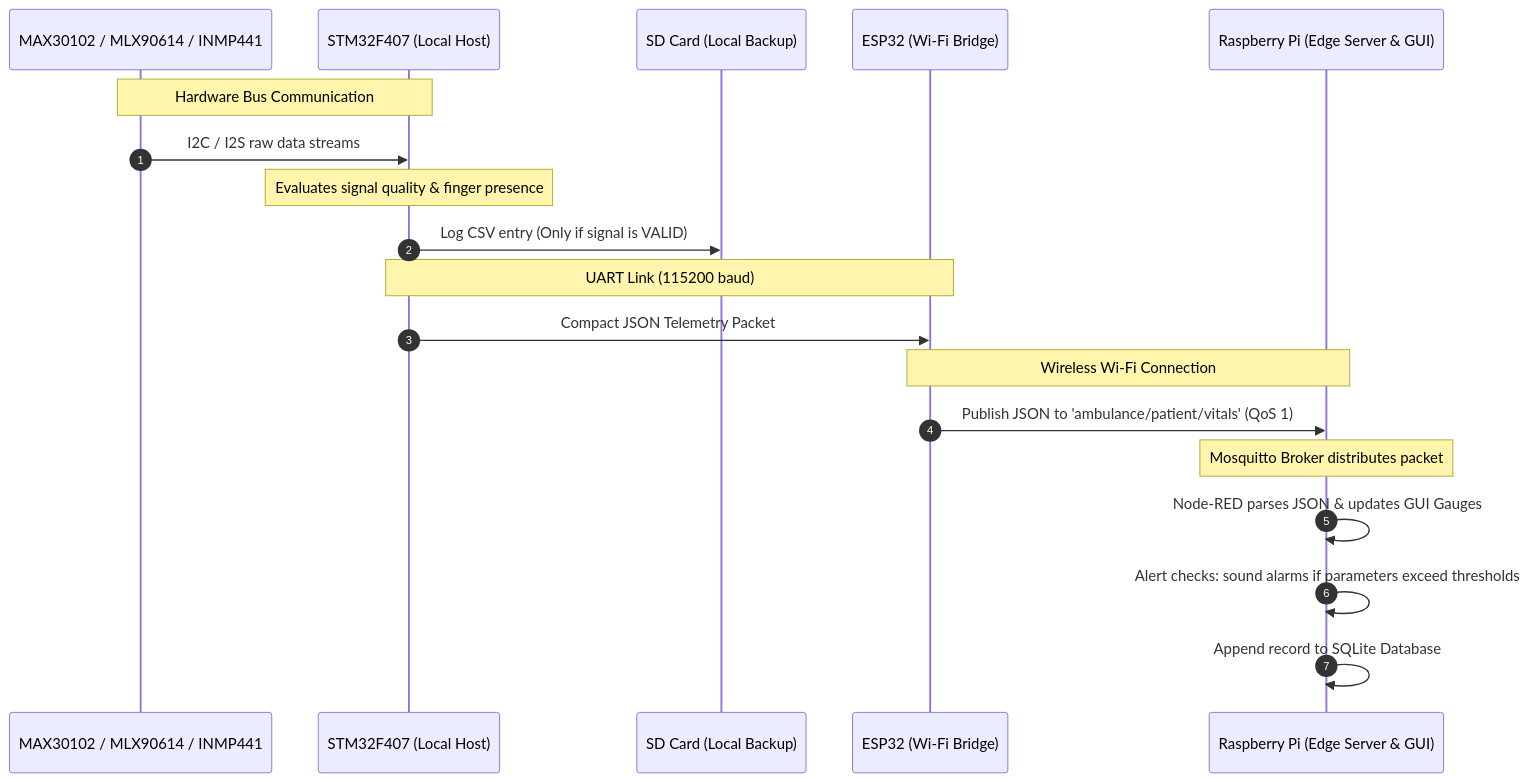
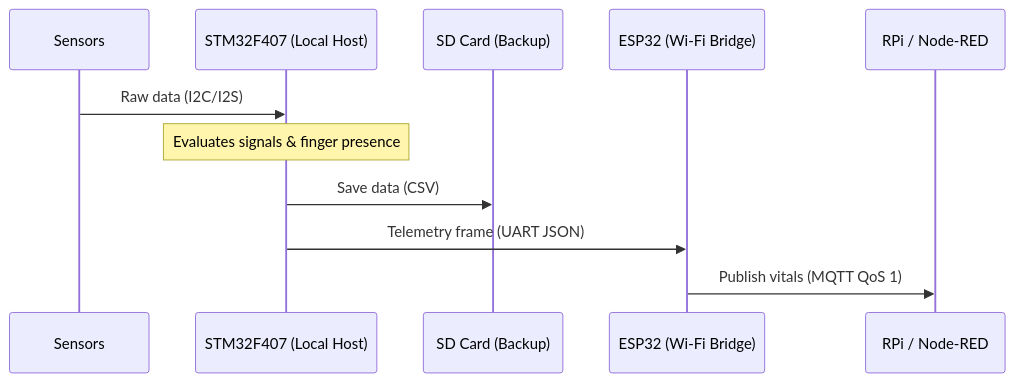
One commit to LeninValentine06/ambulance-remote-telemetry changed the fourth of 4 diagrams in README.md. Above: the diagram before and after it, drawn with Mermaid. The commit also changed other lines of this file, not shown here.

````diff
--- a/README.md
+++ b/README.md
@@ -174,24 +80,14 @@
 ```mermaid
 sequenceDiagram
-    autonumber
-    participant Sensors as MAX30102 / MLX90614 / INMP441
+    participant Sensors
     participant STM32 as STM32F407 (Local Host)
-    participant SDCard as SD Card (Local Backup)
+    participant SDCard as SD Card (Backup)
     participant ESP32 as ESP32 (Wi-Fi Bridge)
-    participant RPi as Raspberry Pi (Edge Server & GUI)
+    participant Server as RPi / Node-RED
 
-    Note over Sensors, STM32: Hardware Bus Communication
-    Sensors->>STM32: I2C / I2S raw data streams
-    Note over STM32: Evaluates signal quality & finger presence
-    STM32->>SDCard: Log CSV entry (Only if signal is VALID)
-
-    Note over STM32, ESP32: UART Link (115200 baud)
-    STM32->>ESP32: Compact JSON Telemetry Packet
-
-    Note over ESP32, RPi: Wireless Wi-Fi Connection
-    ESP32->>RPi: Publish JSON to 'ambulance/patient/vitals' (QoS 1)
-    Note over RPi: Mosquitto Broker distributes packet
-    RPi->>RPi: Node-RED parses JSON & updates GUI Gauges
-    RPi->>RPi: Alert checks: sound alarms if parameters exceed thresholds
-    RPi->>RPi: Append record to SQLite Database
+    Sensors->>STM32: Raw data (I2C/I2S)
+    Note over STM32: Evaluates signals & finger presence
+    STM32->>SDCard: Save data (CSV)
+    STM32->>ESP32: Telemetry frame (UART JSON)
+    ESP32->>Server: Publish vitals (MQTT QoS 1)
 ```
````
